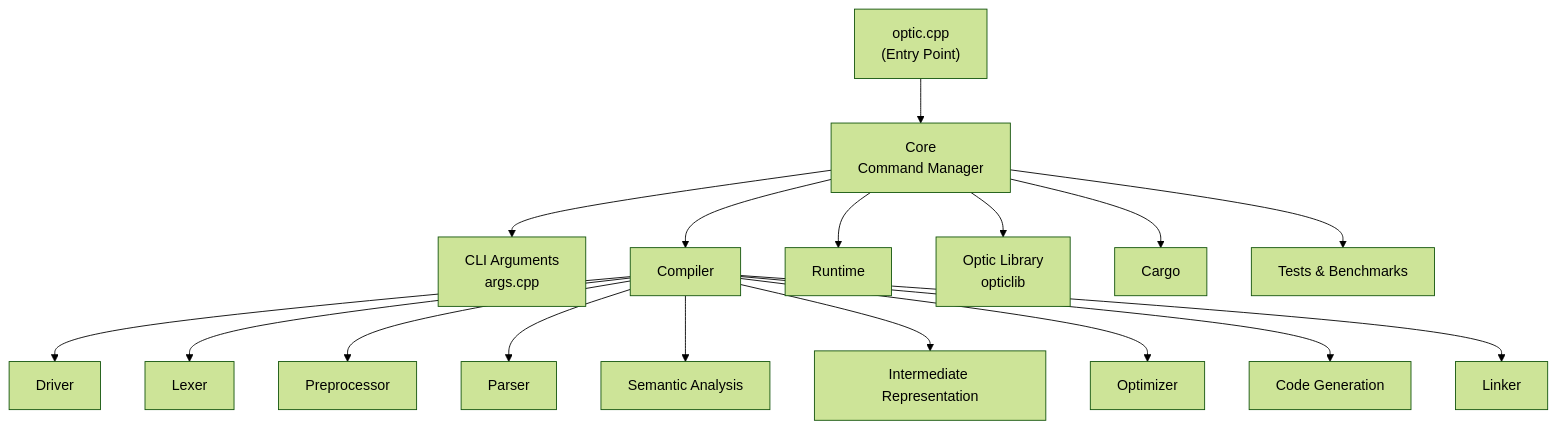
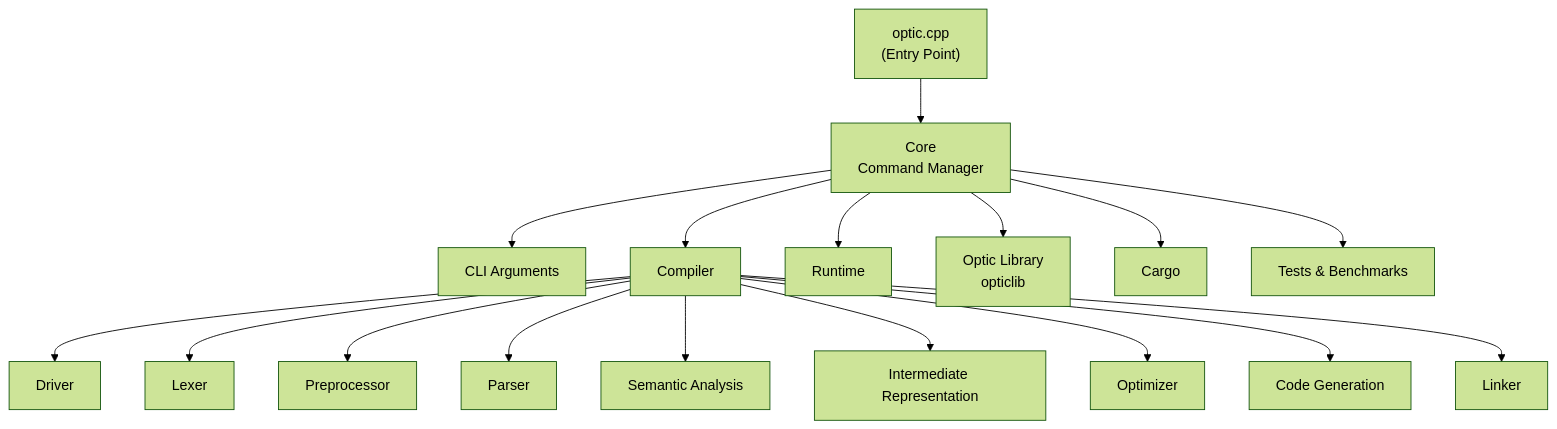
Before and after one commit to levtcode/Optic-Language: the diagram in README.md, drawn with Mermaid (forest theme). The commit also changed 5 other files, not shown here.

Commit message:
Added an incomplete version of `command_manager` to read and parse command-line arguments. Refactored the `core.cpp` and `core.hpp` to include the `command_manager`

````diff
--- a/README.md
+++ b/README.md
@@ -103,38 +103,38 @@
 ```mermaid
 flowchart TD
 
     A["optic.cpp<br/>(Entry Point)"]
 
     B["Core<br/>Command Manager"]
 
-    C["CLI Arguments<br/>args.cpp"]
+    C["CLI Arguments"]
 
     D["Compiler"]
 
     E["Runtime"]
 
     F["Optic Library<br/>opticlib"]
 
     G["Cargo"]
 
     H["Tests & Benchmarks"]
 
     A --> B
 
     B --> C
     B --> D
     B --> E
     B --> F
     B --> G
     B --> H
 
     D --> D1["Driver"]
     D --> D2["Lexer"]
     D --> D3["Preprocessor"]
     D --> D4["Parser"]
     D --> D5["Semantic Analysis"]
     D --> D6["Intermediate Representation"]
     D --> D7["Optimizer"]
     D --> D8["Code Generation"]
     D --> D9["Linker"]
 ```
````
